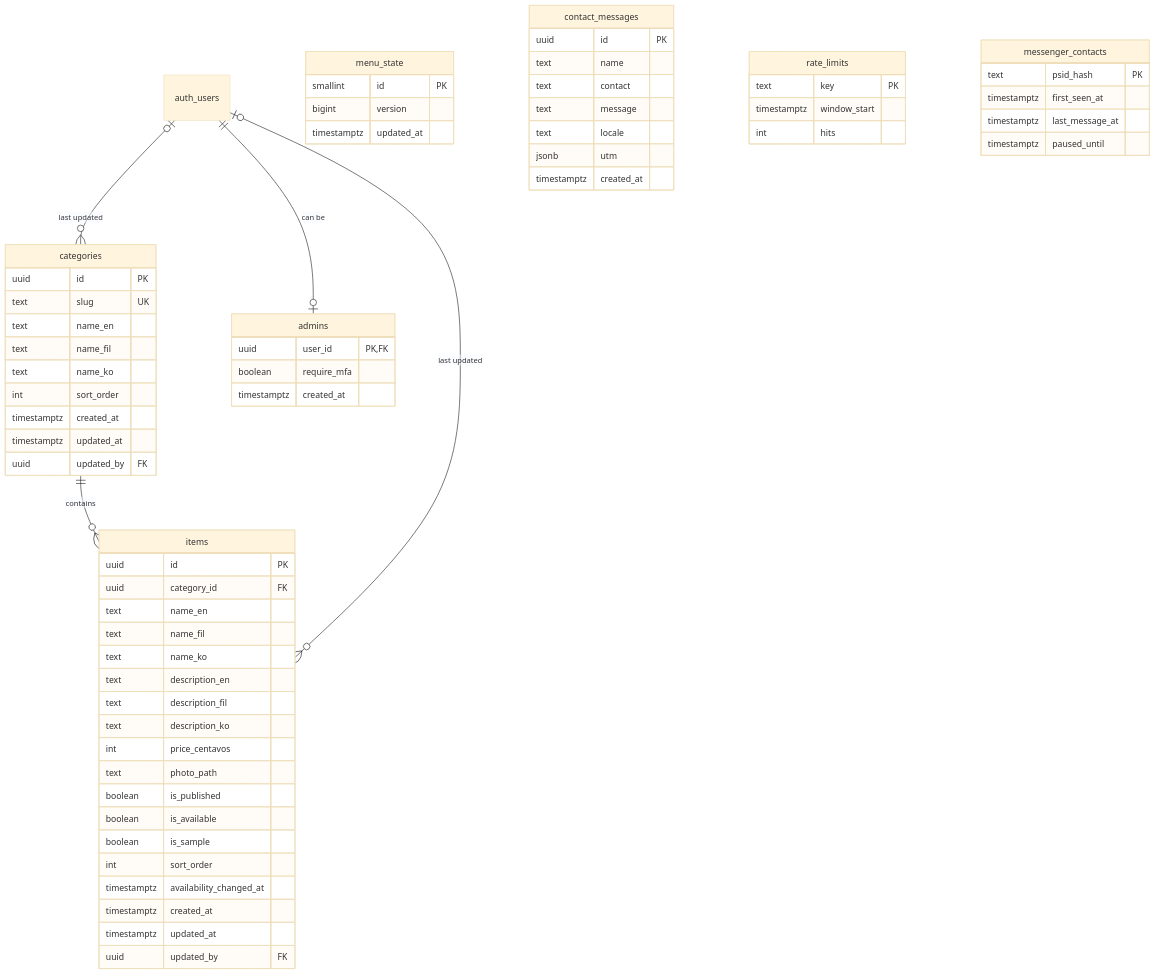
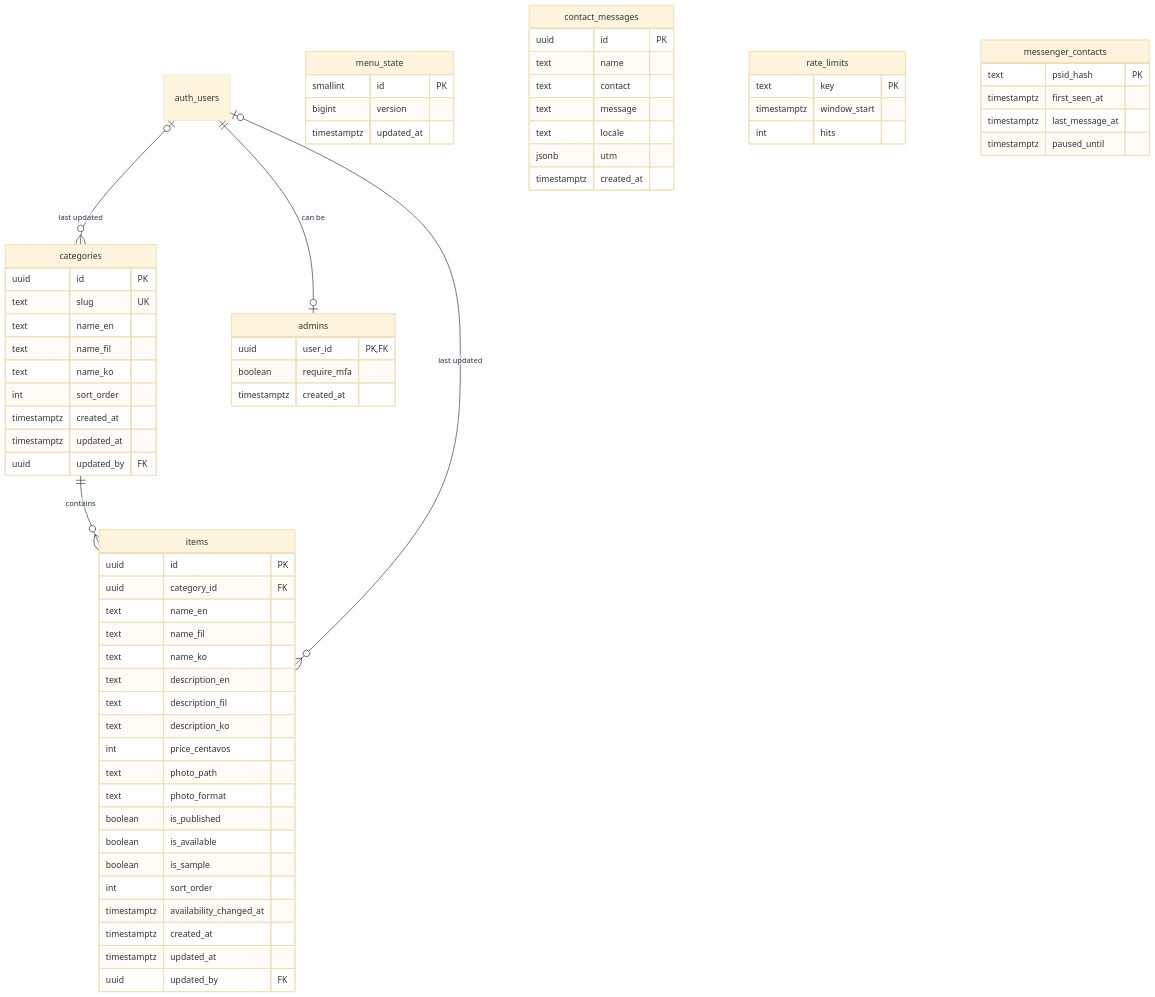
The diagram in docs/BACKEND-SCHEMA.md (thatguyKire/seoul-mate-minimart), drawn with Mermaid (base theme) before and after one commit. The commit also changed other lines of this file and 57 other files, not shown here.

````diff
--- a/docs/BACKEND-SCHEMA.md
+++ b/docs/BACKEND-SCHEMA.md
@@ -14,75 +14,76 @@
 ```mermaid
 erDiagram
   categories ||--o{ items : "contains"
   auth_users ||--o| admins : "can be"
   auth_users |o--o{ items : "last updated"
   auth_users |o--o{ categories : "last updated"
 
   categories {
     uuid id PK
     text slug UK
     text name_en
     text name_fil
     text name_ko
     int sort_order
     timestamptz created_at
     timestamptz updated_at
     uuid updated_by FK
   }
 
   items {
     uuid id PK
     uuid category_id FK
     text name_en
     text name_fil
     text name_ko
     text description_en
     text description_fil
     text description_ko
     int price_centavos
     text photo_path
+    text photo_format
     boolean is_published
     boolean is_available
     boolean is_sample
     int sort_order
     timestamptz availability_changed_at
     timestamptz created_at
     timestamptz updated_at
     uuid updated_by FK
   }
 
   admins {
     uuid user_id PK, FK
     boolean require_mfa
     timestamptz created_at
   }
 
   menu_state {
     smallint id PK
     bigint version
     timestamptz updated_at
   }
 
   contact_messages {
     uuid id PK
     text name
     text contact
     text message
     text locale
     jsonb utm
     timestamptz created_at
   }
 
   rate_limits {
     text key PK
     timestamptz window_start
     int hits
   }
 
   messenger_contacts {
     text psid_hash PK
     timestamptz first_seen_at
     timestamptz last_message_at
     timestamptz paused_until
   }
 ```
````
